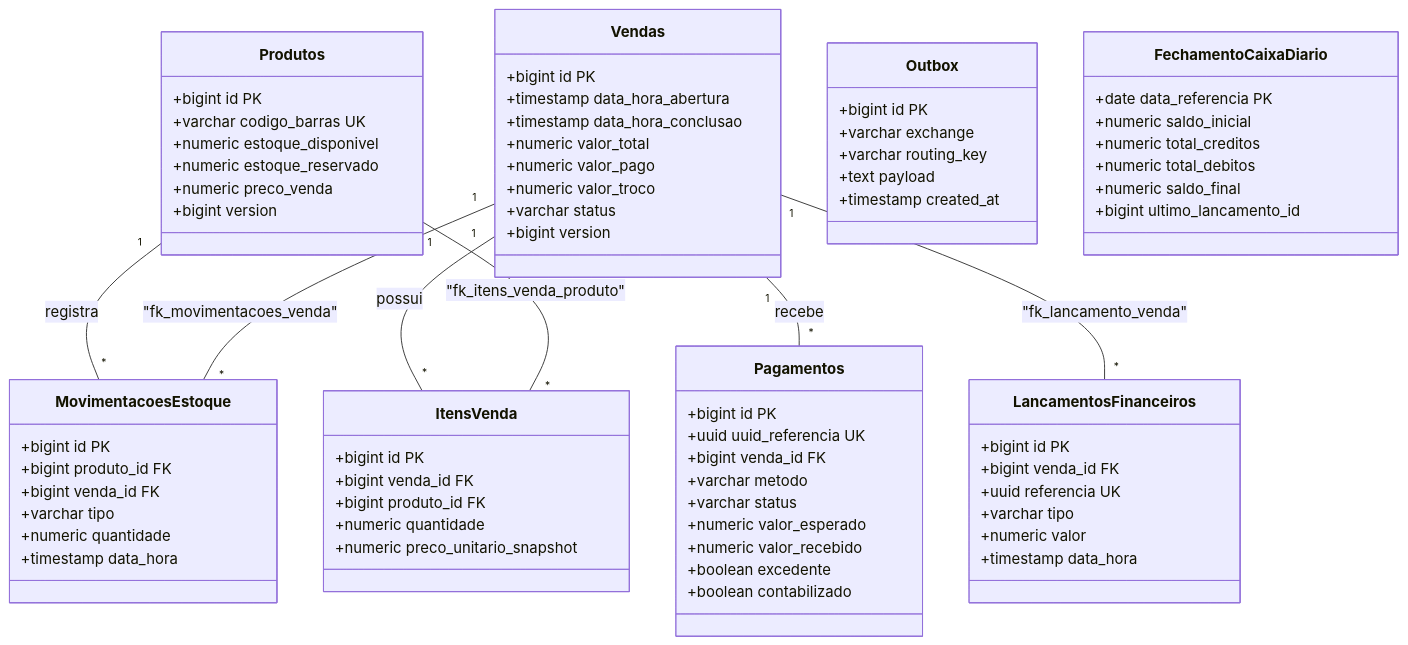
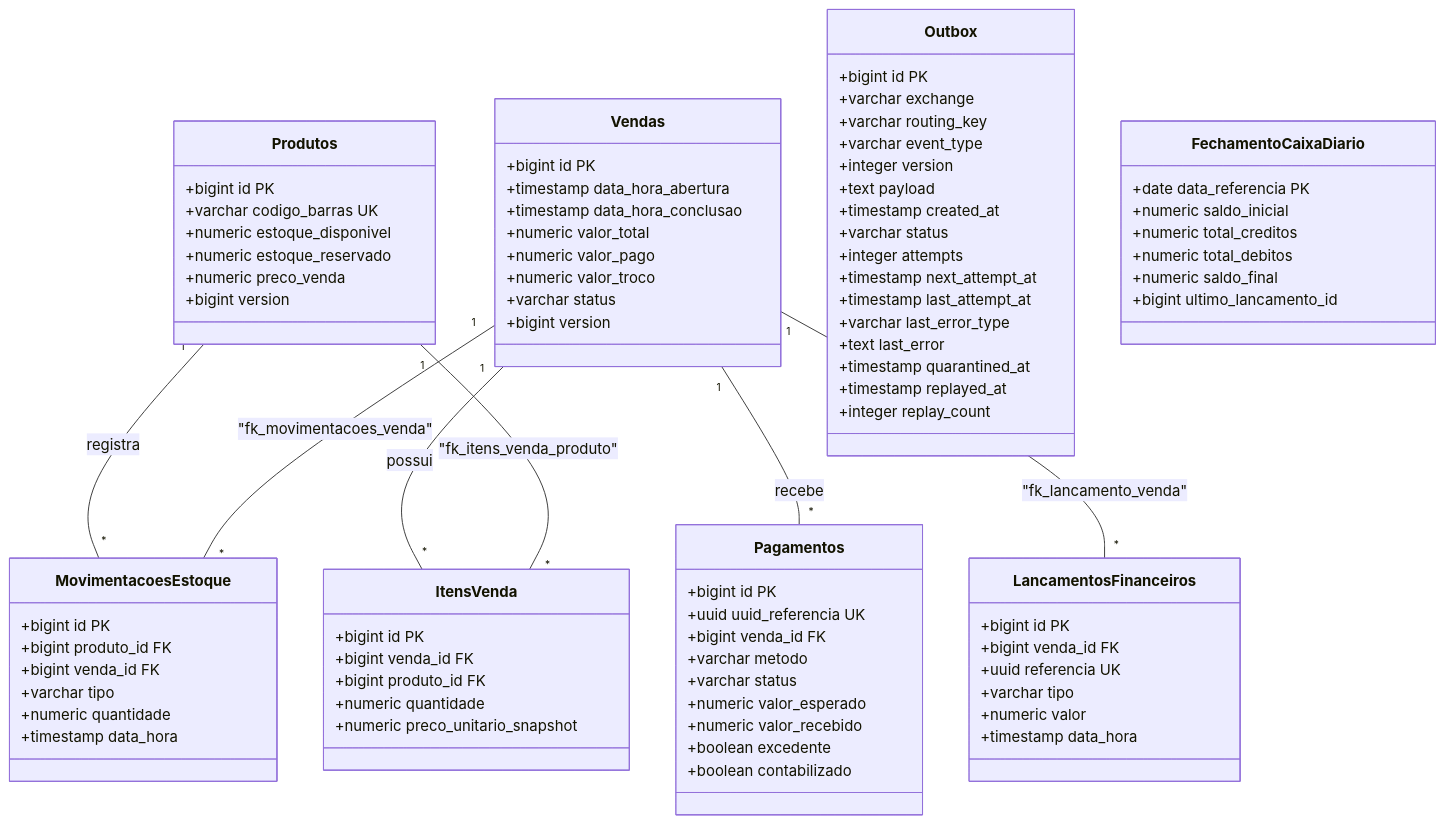
The fourth of 4 diagrams in docs/architecture/system-overview.md (iXDGabrielTK/petshop-microservices), drawn with Mermaid before and after one commit. The commit also changed other lines of this file, not shown here.

Commit message:
docs(architecture): descreve o fluxo da outbox e o ciclo de testes

```diff
--- a/docs/architecture/system-overview.md
+++ b/docs/architecture/system-overview.md
@@ -255,8 +283,19 @@
         +bigint id PK
         +varchar exchange
         +varchar routing_key
+        +varchar event_type
+        +integer version
         +text payload
         +timestamp created_at
+        +varchar status
+        +integer attempts
+        +timestamp next_attempt_at
+        +timestamp last_attempt_at
+        +varchar last_error_type
+        +text last_error
+        +timestamp quarantined_at
+        +timestamp replayed_at
+        +integer replay_count
     }
 
     class FechamentoCaixaDiario {
```
